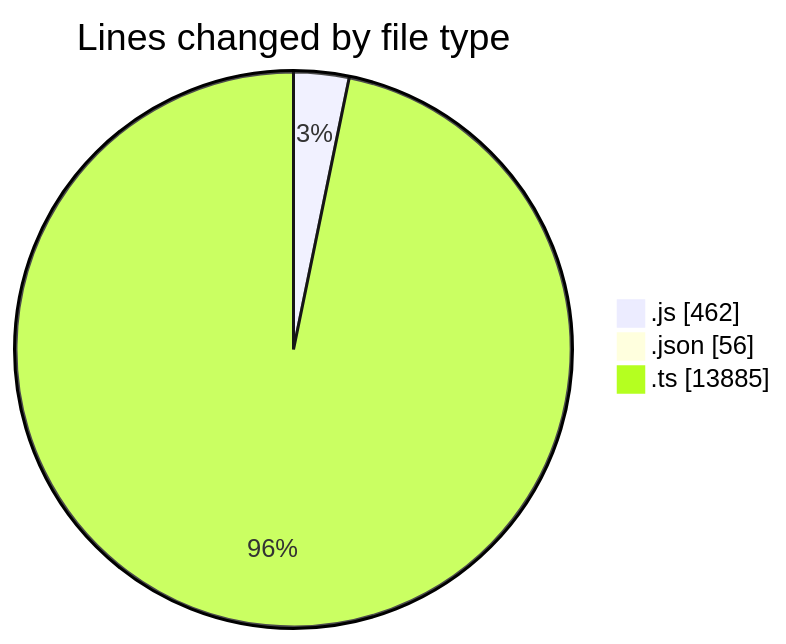
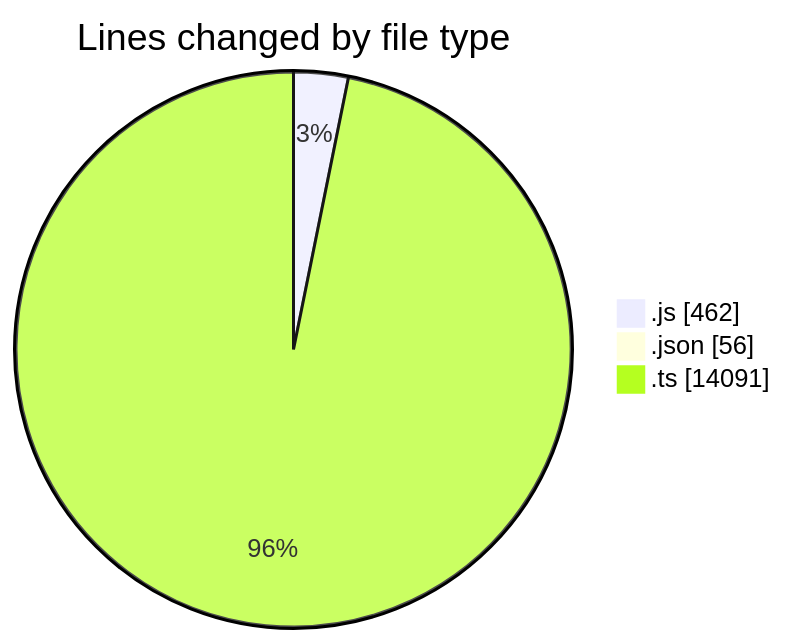
The first of 2 diagrams in 2025-09-04/cda/README.md (momahboobian/code-tracking), drawn with Mermaid before and after one commit. The commit also changed other lines of this file and 1 other file, not shown here.

````diff
--- a/2025-09-04/cda/README.md
+++ b/2025-09-04/cda/README.md
@@ -32,7 +34,7 @@
 ```mermaid
 pie showData
 title Lines changed by file type
 ".js" : 462
 ".json" : 56
-".ts" : 13885
+".ts" : 14091
 ```
````
